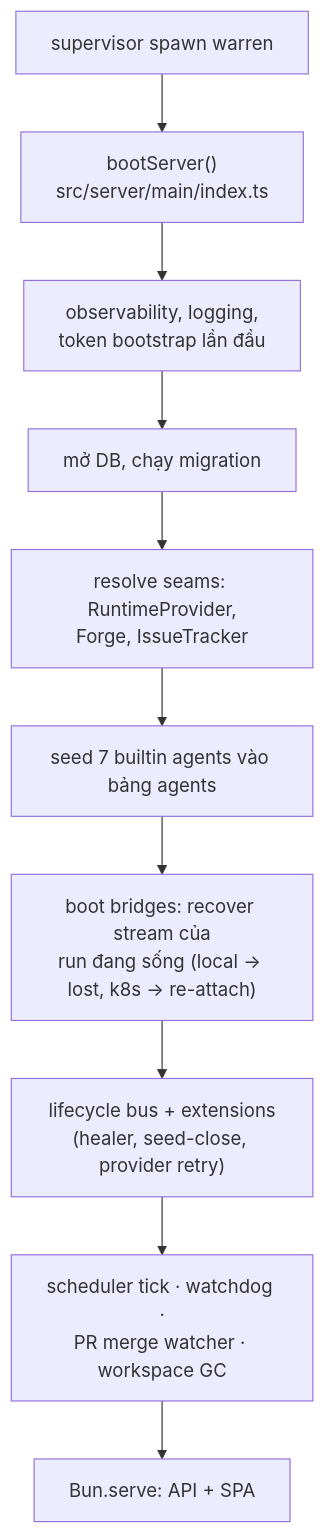
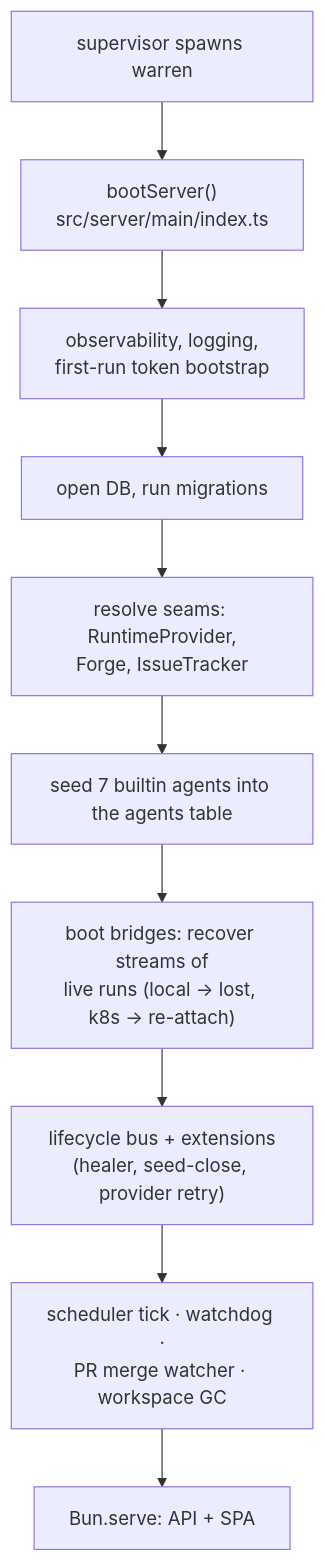
Before and after one commit to namphuongtran/warren: diagram 12 of 12 in docs/design/architecture-overview.md, drawn with Mermaid. The commit also changed other lines of this file and 4 other files, not shown here.

````diff
--- a/docs/design/architecture-overview.md
+++ b/docs/design/architecture-overview.md
@@ -586,12 +586,12 @@
 ```mermaid
 flowchart TB
-    s1["supervisor spawn warren"] --> s2["bootServer()<br/>src/server/main/index.ts"]
-    s2 --> s3["observability, logging,<br/>token bootstrap lần đầu"]
-    s3 --> s4["mở DB, chạy migration"]
+    s1["supervisor spawns warren"] --> s2["bootServer()<br/>src/server/main/index.ts"]
+    s2 --> s3["observability, logging,<br/>first-run token bootstrap"]
+    s3 --> s4["open DB, run migrations"]
     s4 --> s5["resolve seams: RuntimeProvider,<br/>Forge, IssueTracker"]
-    s5 --> s6["seed 7 builtin agents vào bảng agents"]
-    s6 --> s7["boot bridges: recover stream của<br/>run đang sống (local → lost, k8s → re-attach)"]
+    s5 --> s6["seed 7 builtin agents into the agents table"]
+    s6 --> s7["boot bridges: recover streams of<br/>live runs (local → lost, k8s → re-attach)"]
     s7 --> s8["lifecycle bus + extensions<br/>(healer, seed-close, provider retry)"]
     s8 --> s9["scheduler tick · watchdog ·<br/>PR merge watcher · workspace GC"]
     s9 --> s10["Bun.serve: API + SPA"]
 ```
````
